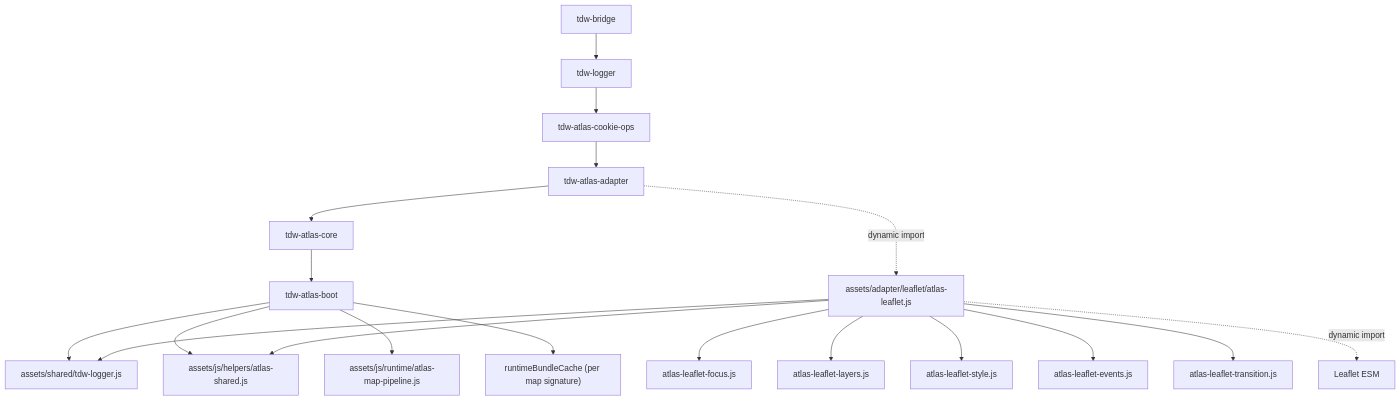
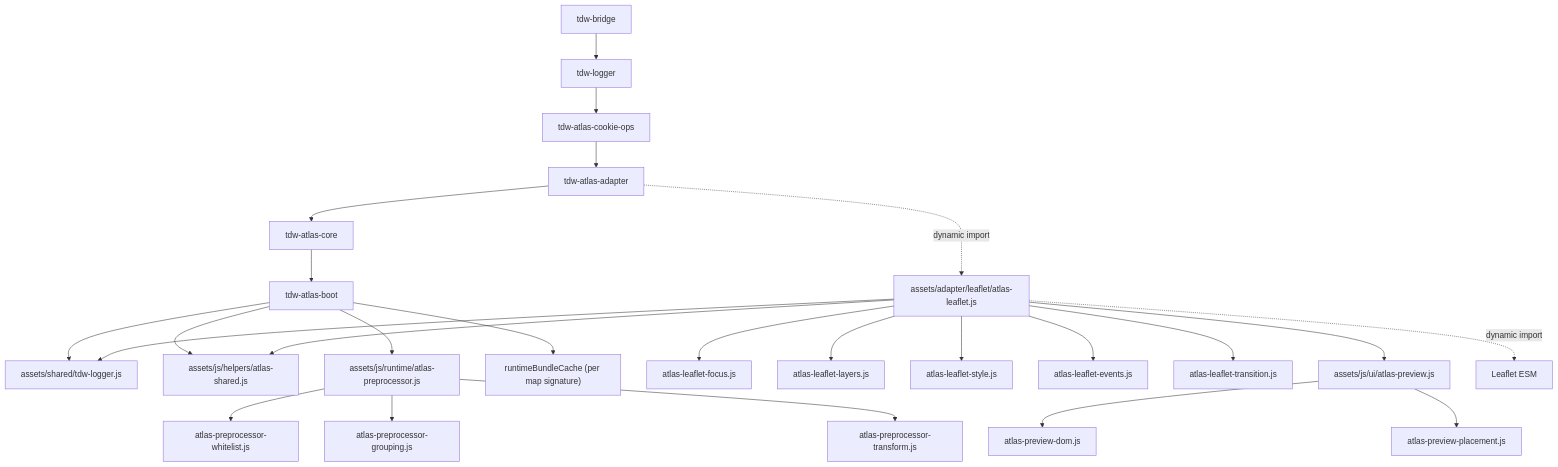
The diagram in docs/diagrams/module-dependencies.md (Exc3pti0n123/tdw-atlas-engine), drawn with Mermaid before and after one commit. The commit also changed 38 other files, not shown here.

````diff
--- a/docs/diagrams/module-dependencies.md
+++ b/docs/diagrams/module-dependencies.md
@@ -3,21 +3,27 @@
 ```mermaid
 flowchart TD
   M1["tdw-bridge"] --> M2["tdw-logger"]
   M2 --> M3["tdw-atlas-cookie-ops"]
   M3 --> M4["tdw-atlas-adapter"]
   M4 --> M5["tdw-atlas-core"]
   M5 --> M6["tdw-atlas-boot"]
   M6 --> H1["assets/shared/tdw-logger.js"]
   M6 --> H2["assets/js/helpers/atlas-shared.js"]
-  M6 --> P1["assets/js/runtime/atlas-map-pipeline.js"]
+  M6 --> P1["assets/js/runtime/atlas-preprocessor.js"]
+  P1 --> P2["atlas-preprocessor-whitelist.js"]
+  P1 --> P3["atlas-preprocessor-grouping.js"]
+  P1 --> P4["atlas-preprocessor-transform.js"]
   M6 --> C1["runtimeBundleCache (per map signature)"]
   M4 -."dynamic import".-> A1["assets/adapter/leaflet/atlas-leaflet.js"]
   A1 --> H1
   A1 --> H2
   A1 --> A2["atlas-leaflet-focus.js"]
   A1 --> A3["atlas-leaflet-layers.js"]
   A1 --> A4["atlas-leaflet-style.js"]
   A1 --> A5["atlas-leaflet-events.js"]
   A1 --> A6["atlas-leaflet-transition.js"]
+  A1 --> U1["assets/js/ui/atlas-preview.js"]
+  U1 --> U2["atlas-preview-dom.js"]
+  U1 --> U3["atlas-preview-placement.js"]
   A1 -."dynamic import".-> V1["Leaflet ESM"]
 ```
````
